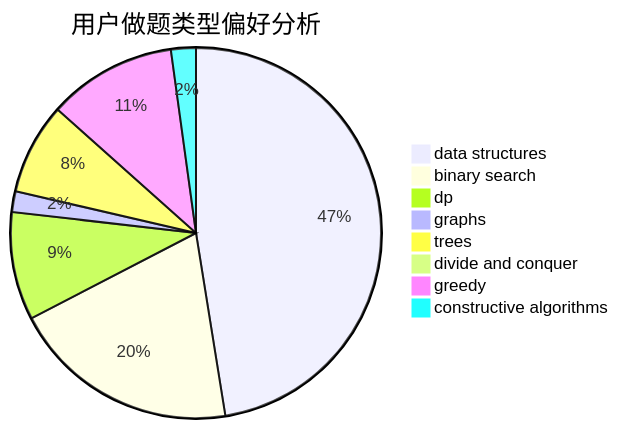
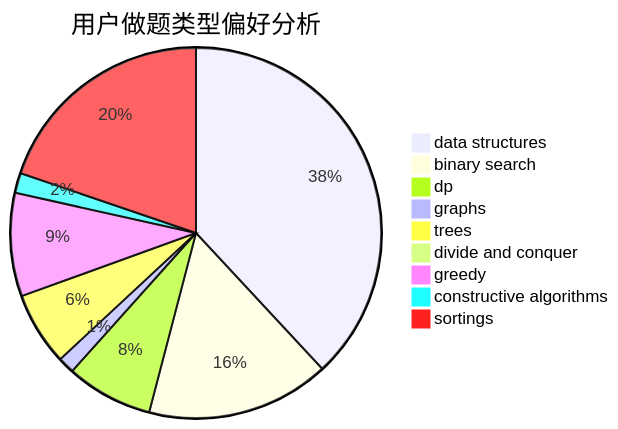
One commit to sherpahu/cfrs.github.io changed the second of 3 diagrams in docs/user/u388.md. Above: the diagram before and after it, drawn with Mermaid. The commit also changed other lines of this file and 2769 other files, not shown here.

````diff
--- a/docs/user/u388.md
+++ b/docs/user/u388.md
@@ -23,11 +18,12 @@
 ```mermaid
 pie title 用户做题类型偏好分析
     "data structures" :  131
     "binary search" :  55
     "dp" :  26
     "graphs" :  5
     "trees" :  22
     "divide and conquer" :  0
     "greedy" :  31
     "constructive algorithms" :  6
+    "sortings" :  68
 ```
````
